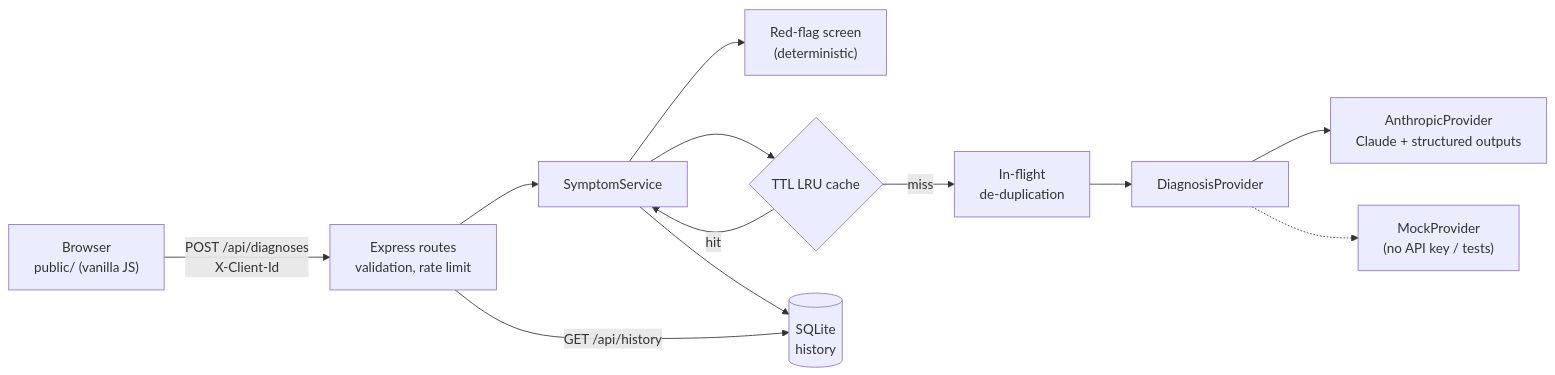
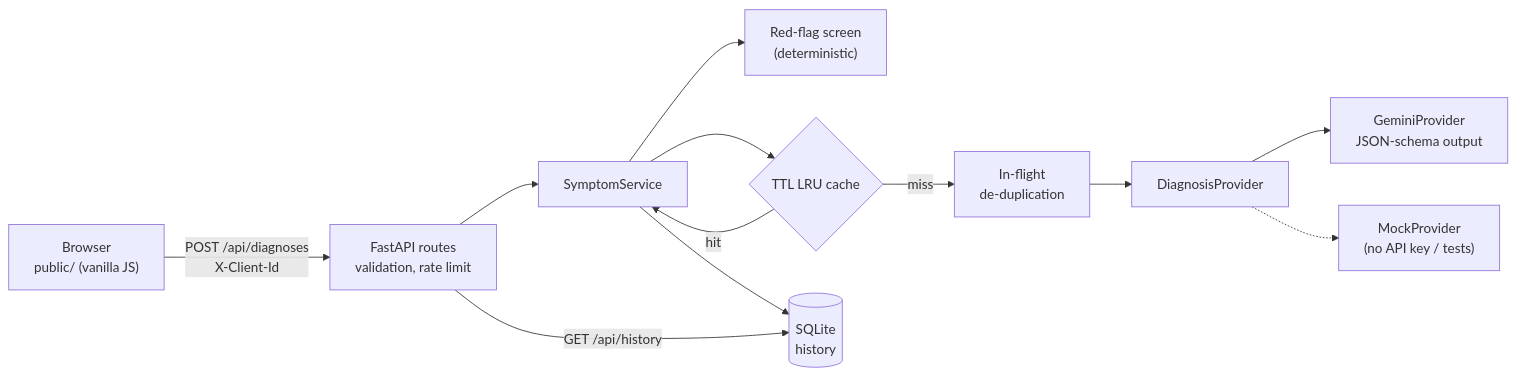
Before and after one commit to sricharanreddy20/healthai-symptom-checker: the diagram in README.md, drawn with Mermaid. The commit also changed other lines of this file and 1 other file, not shown here.

Commit message:
Update README and demo outline for Python and Gemini

````diff
--- a/README.md
+++ b/README.md
@@ -45,13 +46,13 @@
 ```mermaid
 flowchart LR
-  UI["Browser<br/>public/ (vanilla JS)"] -- "POST /api/diagnoses<br/>X-Client-Id" --> R["Express routes<br/>validation, rate limit"]
+  UI["Browser<br/>public/ (vanilla JS)"] -- "POST /api/diagnoses<br/>X-Client-Id" --> R["FastAPI routes<br/>validation, rate limit"]
   R --> S["SymptomService"]
   S --> RF["Red-flag screen<br/>(deterministic)"]
   S --> C{"TTL LRU cache"}
   C -- hit --> S
   C -- miss --> IF["In-flight<br/>de-duplication"] --> P["DiagnosisProvider"]
-  P --> A["AnthropicProvider<br/>Claude + structured outputs"]
+  P --> G["GeminiProvider<br/>JSON-schema output"]
   P -.-> M["MockProvider<br/>(no API key / tests)"]
   S --> H[("SQLite<br/>history")]
   R -- "GET /api/history" --> H
 ```
````
